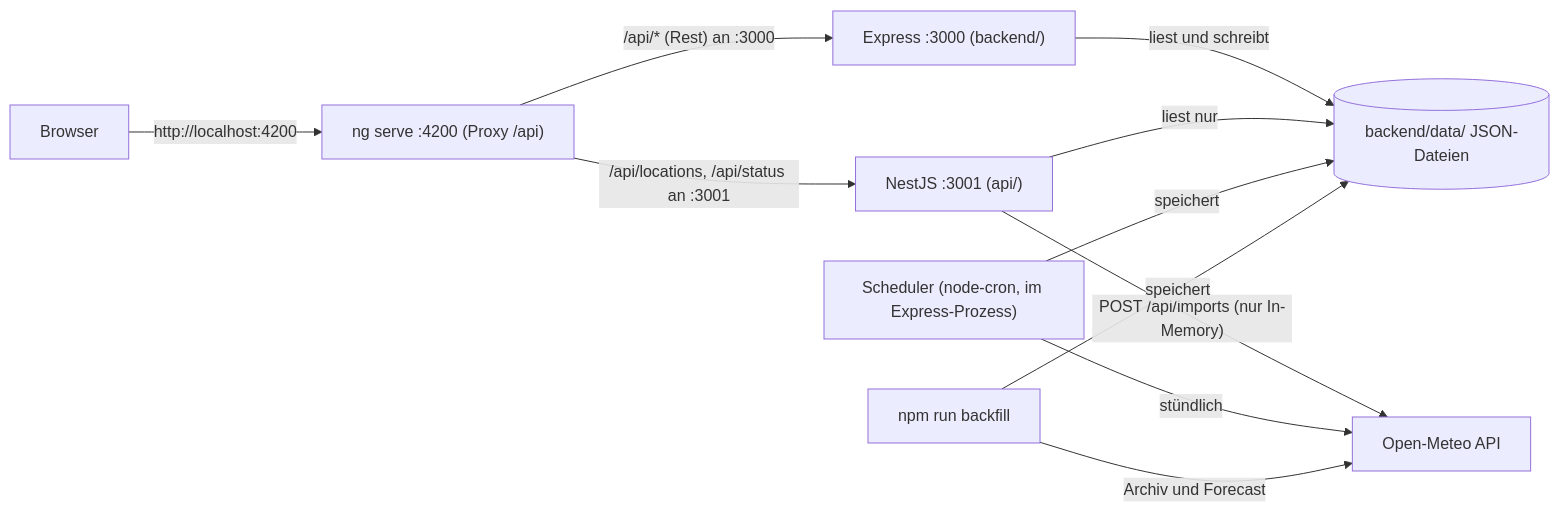
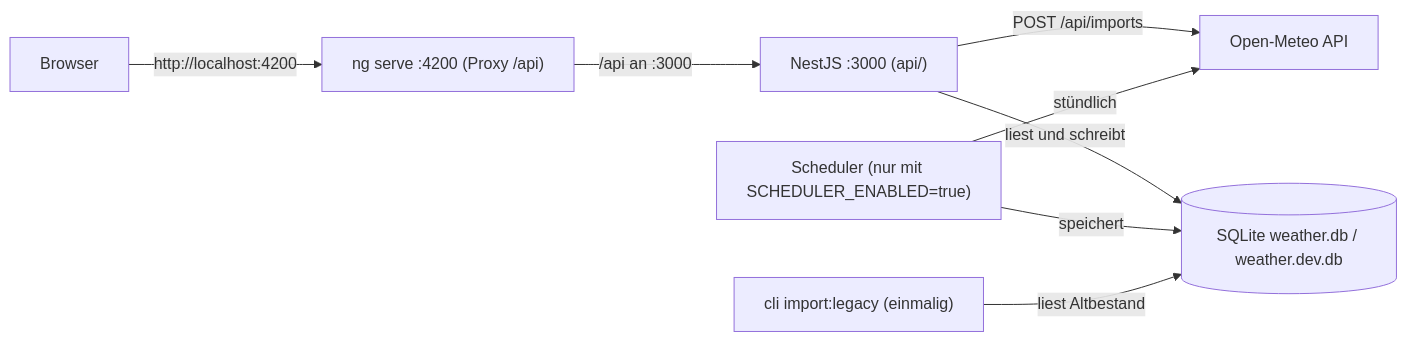
The diagram in docs/PROJEKTDOKU.md (skyjanni278-netizen/Wetter-Dashboard), drawn with Mermaid before and after one commit. The commit also changed other lines of this file and 17 other files, not shown here.

First line of the commit message:
feat: Datenbank, Altdatenimport und Übergabe von Express an Nest (Schritt 9)

````diff
--- a/docs/PROJEKTDOKU.md
+++ b/docs/PROJEKTDOKU.md
@@ -15,13 +13,10 @@
 ```mermaid
 flowchart LR
   Browser["Browser"] -->|"http://localhost:4200"| NgServe["ng serve :4200 (Proxy /api)"]
-  NgServe -->|"/api/* (Rest) an :3000"| Express["Express :3000 (backend/)"]
-  NgServe -->|"/api/locations, /api/status an :3001"| Nest["NestJS :3001 (api/)"]
-  Express -->|"liest und schreibt"| Json[("backend/data/ JSON-Dateien")]
-  Nest -->|"liest nur"| Json
-  Nest -->|"POST /api/imports (nur In-Memory)"| OpenMeteo
-  Scheduler["Scheduler (node-cron, im Express-Prozess)"] -->|"stündlich"| OpenMeteo["Open-Meteo API"]
-  Scheduler -->|"speichert"| Json
-  Backfill["npm run backfill"] -->|"Archiv und Forecast"| OpenMeteo
-  Backfill -->|"speichert"| Json
+  NgServe -->|"/api an :3000"| Nest["NestJS :3000 (api/)"]
+  Nest -->|"liest und schreibt"| Db[("SQLite weather.db / weather.dev.db")]
+  Nest -->|"POST /api/imports"| OpenMeteo["Open-Meteo API"]
+  Scheduler["Scheduler (nur mit SCHEDULER_ENABLED=true)"] -->|"stündlich"| OpenMeteo
+  Scheduler -->|"speichert"| Db
+  Legacy["cli import:legacy (einmalig)"] -->|"liest Altbestand"| Db
 ```
````
